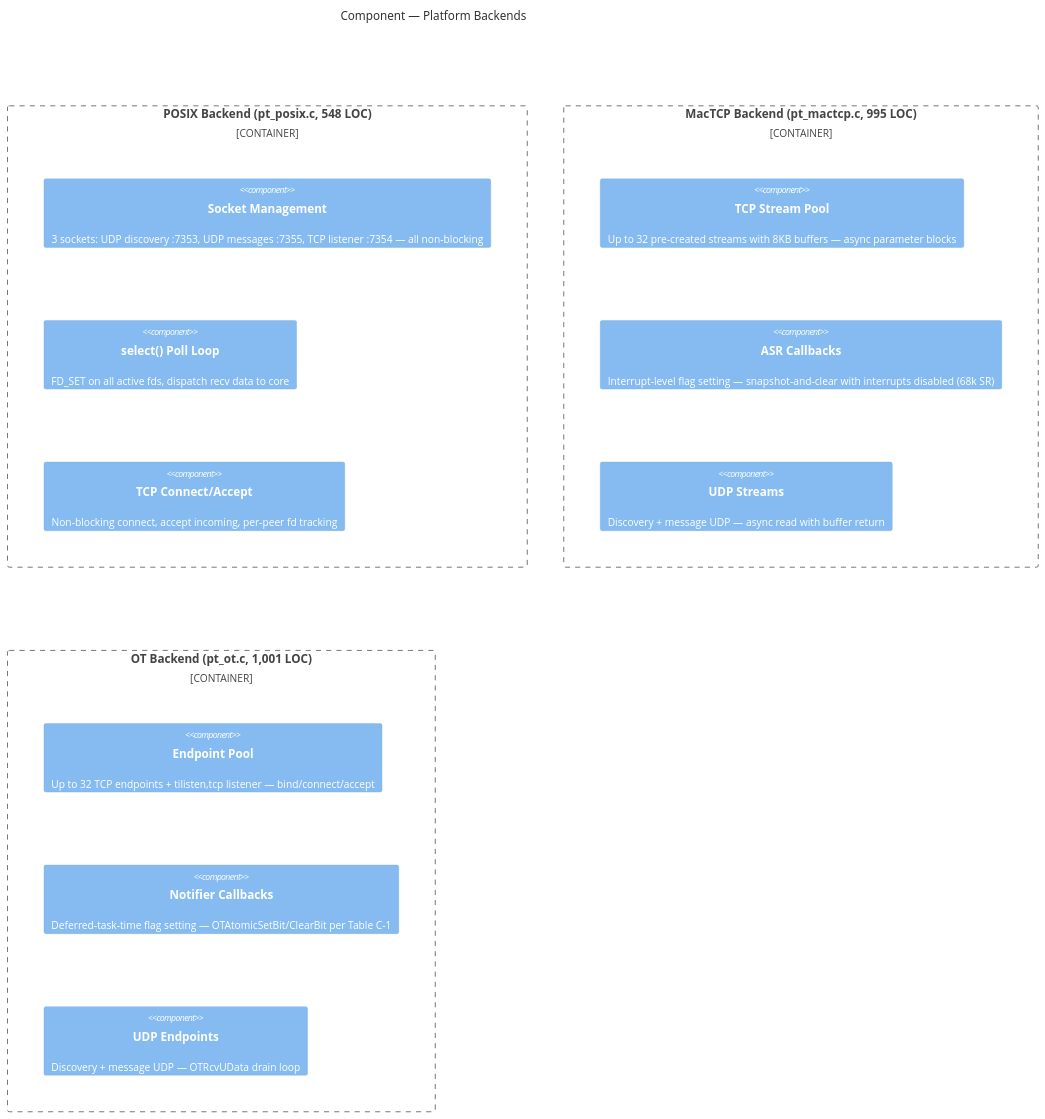
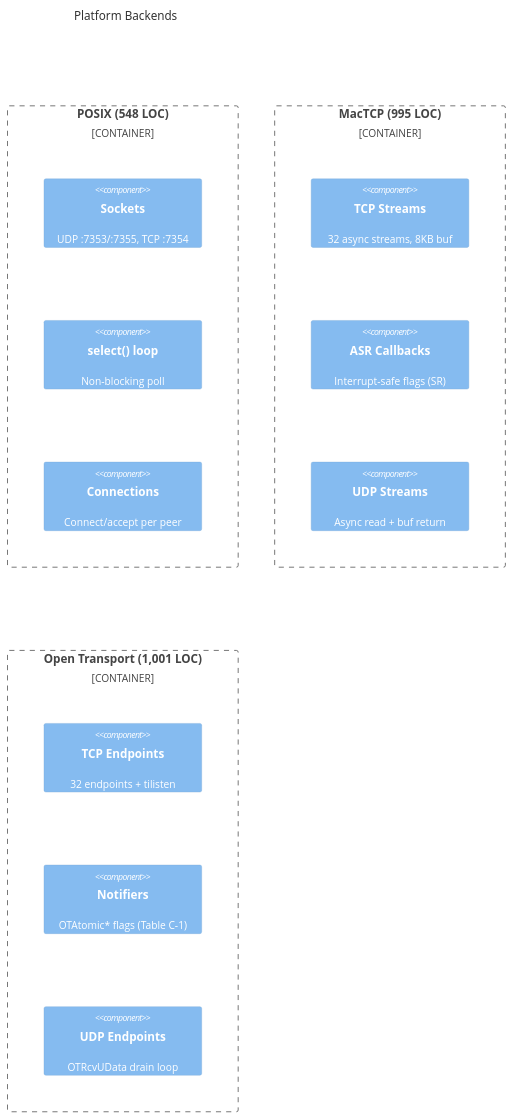
One commit to matthewdeaves/peertalk changed the fourth of 7 diagrams in ARCHITECTURE.md. Above: the diagram before and after it, drawn with Mermaid. The commit also changed other lines of this file, not shown here.

First line of the commit message:
docs: Shorten C4 diagram labels for clean Mermaid rendering

````diff
--- a/ARCHITECTURE.md
+++ b/ARCHITECTURE.md
@@ -70,22 +69,22 @@
 ```mermaid
 C4Component
-    title Component — Platform Backends
+    title Platform Backends
 
-    Container_Boundary(posix_be, "POSIX Backend (pt_posix.c, 548 LOC)") {
-        Component(posix_sock, "Socket Management", "", "3 sockets: UDP discovery :7353, UDP messages :7355, TCP listener :7354 — all non-blocking")
-        Component(posix_poll, "select() Poll Loop", "", "FD_SET on all active fds, dispatch recv data to core")
-        Component(posix_conn, "TCP Connect/Accept", "", "Non-blocking connect, accept incoming, per-peer fd tracking")
+    Container_Boundary(posix_be, "POSIX (548 LOC)") {
+        Component(posix_sock, "Sockets", "", "UDP :7353/:7355, TCP :7354")
+        Component(posix_poll, "select() loop", "", "Non-blocking poll")
+        Component(posix_conn, "Connections", "", "Connect/accept per peer")
     }
 
-    Container_Boundary(mactcp_be, "MacTCP Backend (pt_mactcp.c, 995 LOC)") {
-        Component(mactcp_stream, "TCP Stream Pool", "", "Up to 32 pre-created streams with 8KB buffers — async parameter blocks")
-        Component(mactcp_asr, "ASR Callbacks", "", "Interrupt-level flag setting — snapshot-and-clear with interrupts disabled (68k SR)")
-        Component(mactcp_udp, "UDP Streams", "", "Discovery + message UDP — async read with buffer return")
+    Container_Boundary(mactcp_be, "MacTCP (995 LOC)") {
+        Component(mactcp_stream, "TCP Streams", "", "32 async streams, 8KB buf")
+        Component(mactcp_asr, "ASR Callbacks", "", "Interrupt-safe flags (SR)")
+        Component(mactcp_udp, "UDP Streams", "", "Async read + buf return")
     }
 
-    Container_Boundary(ot_be, "OT Backend (pt_ot.c, 1,001 LOC)") {
-        Component(ot_ep, "Endpoint Pool", "", "Up to 32 TCP endpoints + tilisten,tcp listener — bind/connect/accept")
-        Component(ot_notify, "Notifier Callbacks", "", "Deferred-task-time flag setting — OTAtomicSetBit/ClearBit per Table C-1")
-        Component(ot_udp_ep, "UDP Endpoints", "", "Discovery + message UDP — OTRcvUData drain loop")
+    Container_Boundary(ot_be, "Open Transport (1,001 LOC)") {
+        Component(ot_ep, "TCP Endpoints", "", "32 endpoints + tilisten")
+        Component(ot_notify, "Notifiers", "", "OTAtomic* flags (Table C-1)")
+        Component(ot_udp_ep, "UDP Endpoints", "", "OTRcvUData drain loop")
     }
 ```
````
